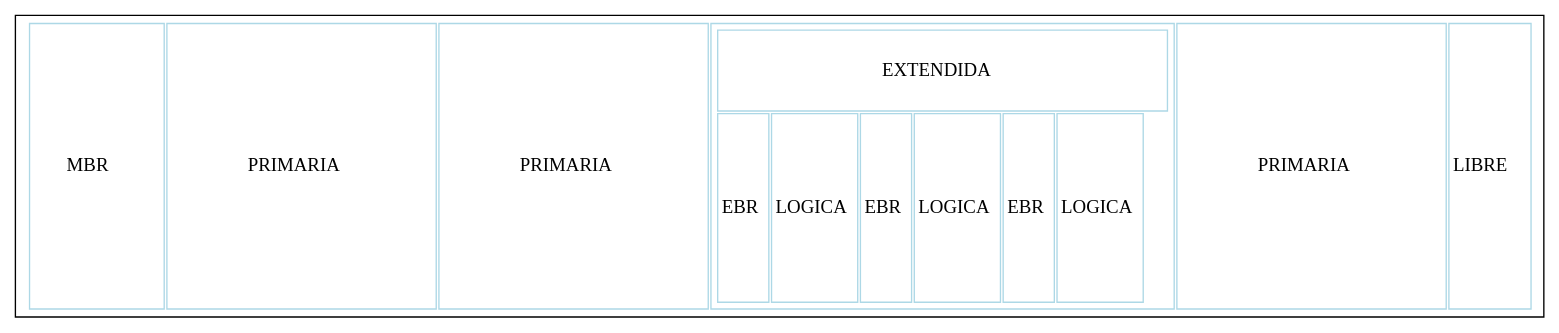
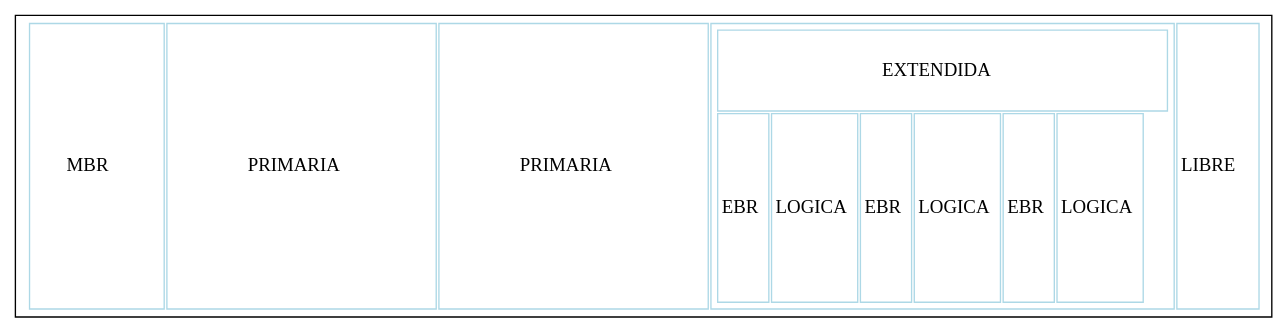
Before and after one commit to xJosee/SistemaArchivos: the diagram in Reportes/graficaDisco.dot, drawn with Graphviz. The commit also changed 10 other files, not shown here.

```diff
--- a/Reportes/graficaDisco.dot
+++ b/Reportes/graficaDisco.dot
@@ -1,28 +1,27 @@
 digraph G{
   tbl [
     shape=box
     label=<
      <table border='0' cellborder='1' width='600' height='200' color='lightblue'>
      <tr>
      <td  cellspacing= '0' height='200' width='100'> MBR </td>
      <td cellspacing= '0' height='200' width='200'>PRIMARIA </td>
      <td cellspacing= '0' height='200' width='200'>PRIMARIA </td>
      <td cellspacing= '0' height='200' width='200'>
      <table border='0'  height='200' WIDTH='200' cellborder='1'>
      <tr>  <td height='60' colspan='15'>EXTENDIDA</td>  </tr>
      <tr>
      <td cellspacing= '0' height='140'>EBR</td>
      <td cellspacing= '0' height='140'>LOGICA</td>
      <td cellspacing= '0' height='140'>EBR</td>
      <td cellspacing= '0' height='140'>LOGICA</td>
      <td cellspacing= '0' height='140'>EBR</td>
      <td cellspacing= '0' height='140'>LOGICA</td>
      </tr>
      </table>
      </td>
-     <td cellspacing= '0' height='200' width='200'>PRIMARIA </td>
      <td height='200'> LIBRE </td>     </tr> 
      </table>        
 >];
 
 }
```
